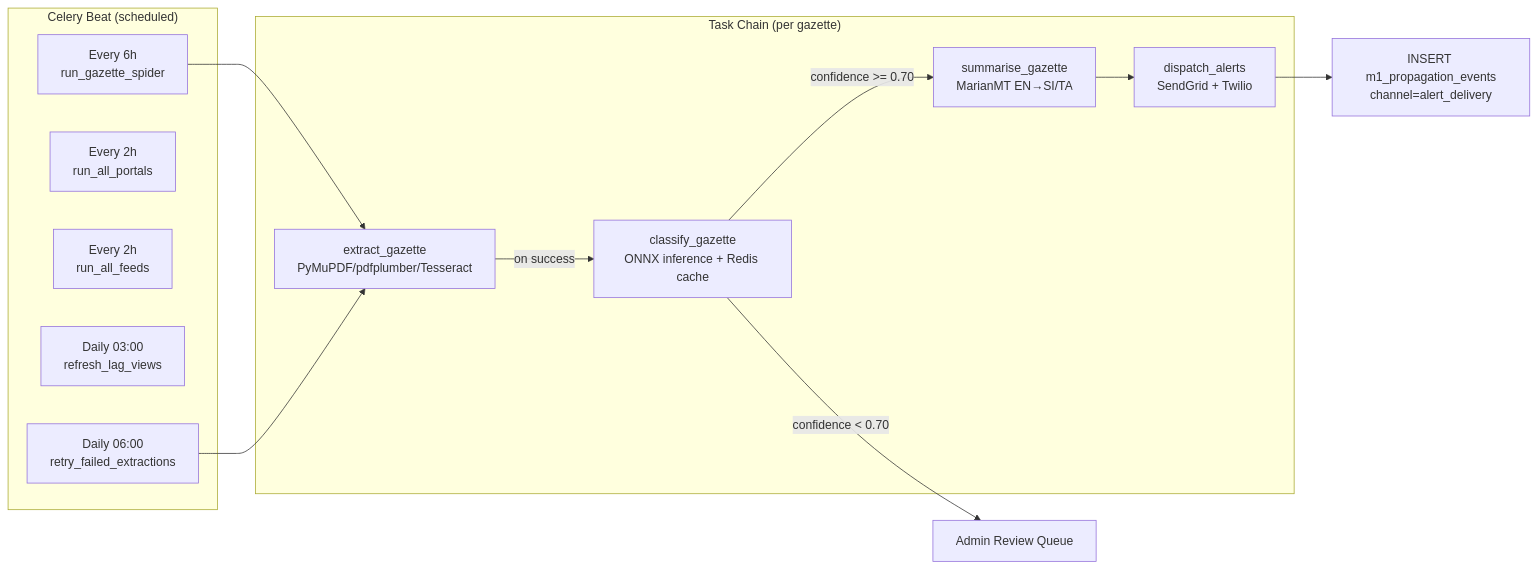
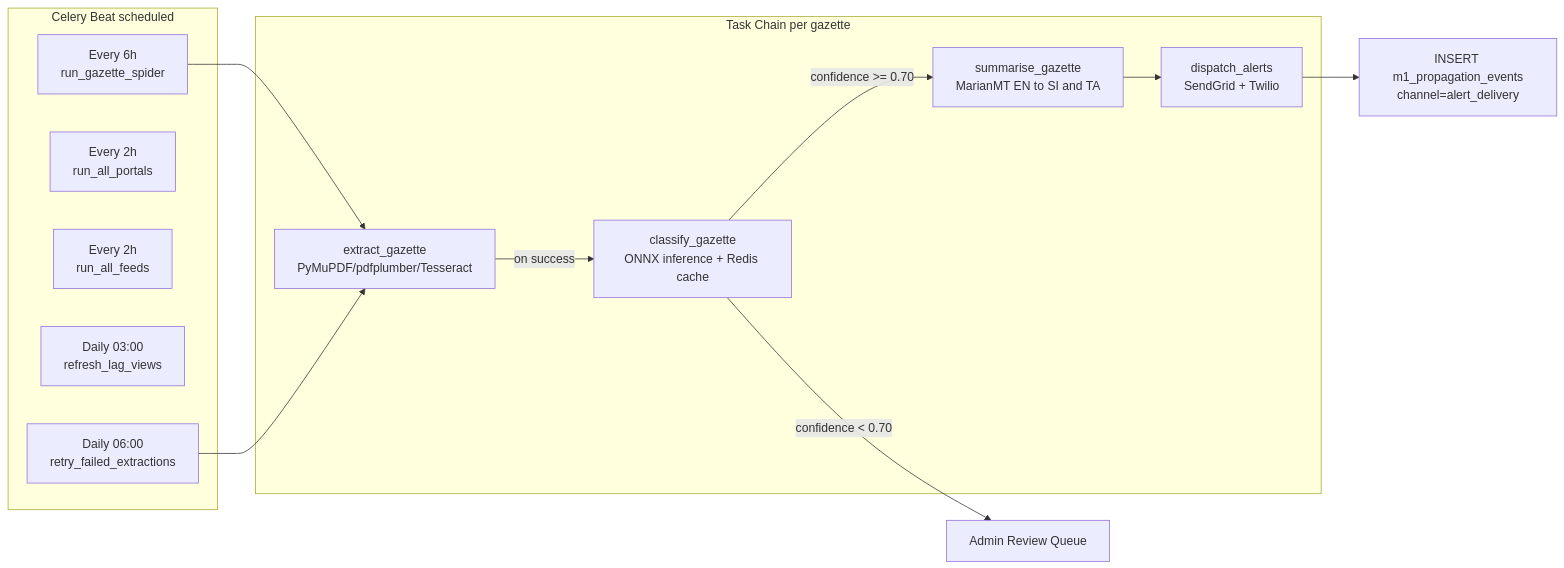
The second of 3 diagrams in 02-Research-Modules/1 Module-1-Awareness-Gap/08_M1_Full_System_Architecture.md (ifham-mohamed/obs-sme), drawn with Mermaid before and after one commit. The commit also changed other lines of this file and 16 other files, not shown here.

````diff
--- a/02-Research-Modules/1 Module-1-Awareness-Gap/08_M1_Full_System_Architecture.md
+++ b/02-Research-Modules/1 Module-1-Awareness-Gap/08_M1_Full_System_Architecture.md
@@ -133,25 +190,25 @@
 ```mermaid
 flowchart LR
-    subgraph Beat["Celery Beat (scheduled)"]
-        B1[Every 6h\nrun_gazette_spider]
-        B2[Every 2h\nrun_all_portals]
-        B3[Every 2h\nrun_all_feeds]
-        B4[Daily 03:00\nrefresh_lag_views]
-        B5[Daily 06:00\nretry_failed_extractions]
+    subgraph Beat["Celery Beat scheduled"]
+        B1[Every 6h<br/>run_gazette_spider]
+        B2[Every 2h<br/>run_all_portals]
+        B3[Every 2h<br/>run_all_feeds]
+        B4[Daily 03:00<br/>refresh_lag_views]
+        B5[Daily 06:00<br/>retry_failed_extractions]
     end
 
-    subgraph Chain["Task Chain (per gazette)"]
-        T1[extract_gazette\nPyMuPDF/pdfplumber/Tesseract]
-        T2[classify_gazette\nONNX inference + Redis cache]
-        T3[summarise_gazette\nMarianMT EN→SI/TA]
-        T4[dispatch_alerts\nSendGrid + Twilio]
+    subgraph Chain["Task Chain per gazette"]
+        T1[extract_gazette<br/>PyMuPDF/pdfplumber/Tesseract]
+        T2[classify_gazette<br/>ONNX inference + Redis cache]
+        T3[summarise_gazette<br/>MarianMT EN to SI and TA]
+        T4[dispatch_alerts<br/>SendGrid + Twilio]
     end
 
     B1 --> T1
     B5 --> T1
     T1 -->|on success| T2
     T2 -->|confidence >= 0.70| T3
     T2 -->|confidence < 0.70| REVIEW[Admin Review Queue]
     T3 --> T4
-    T4 --> PROP[INSERT m1_propagation_events\nchannel=alert_delivery]
+    T4 --> PROP[INSERT m1_propagation_events<br/>channel=alert_delivery]
 ```
````
